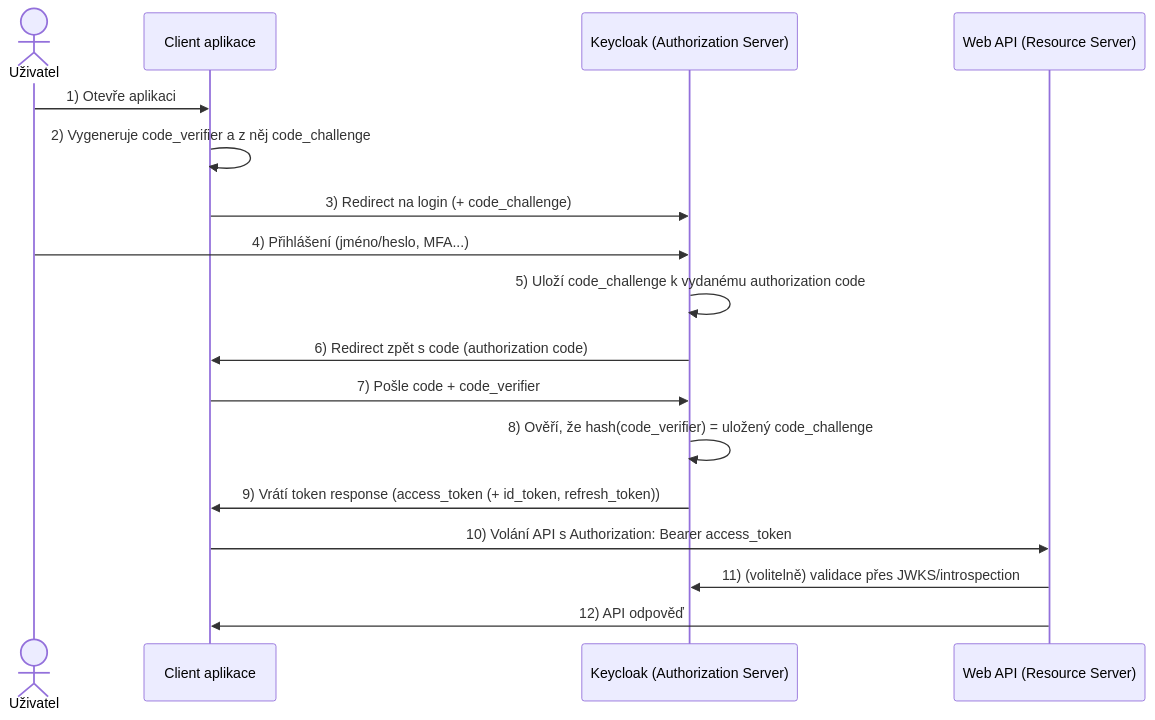
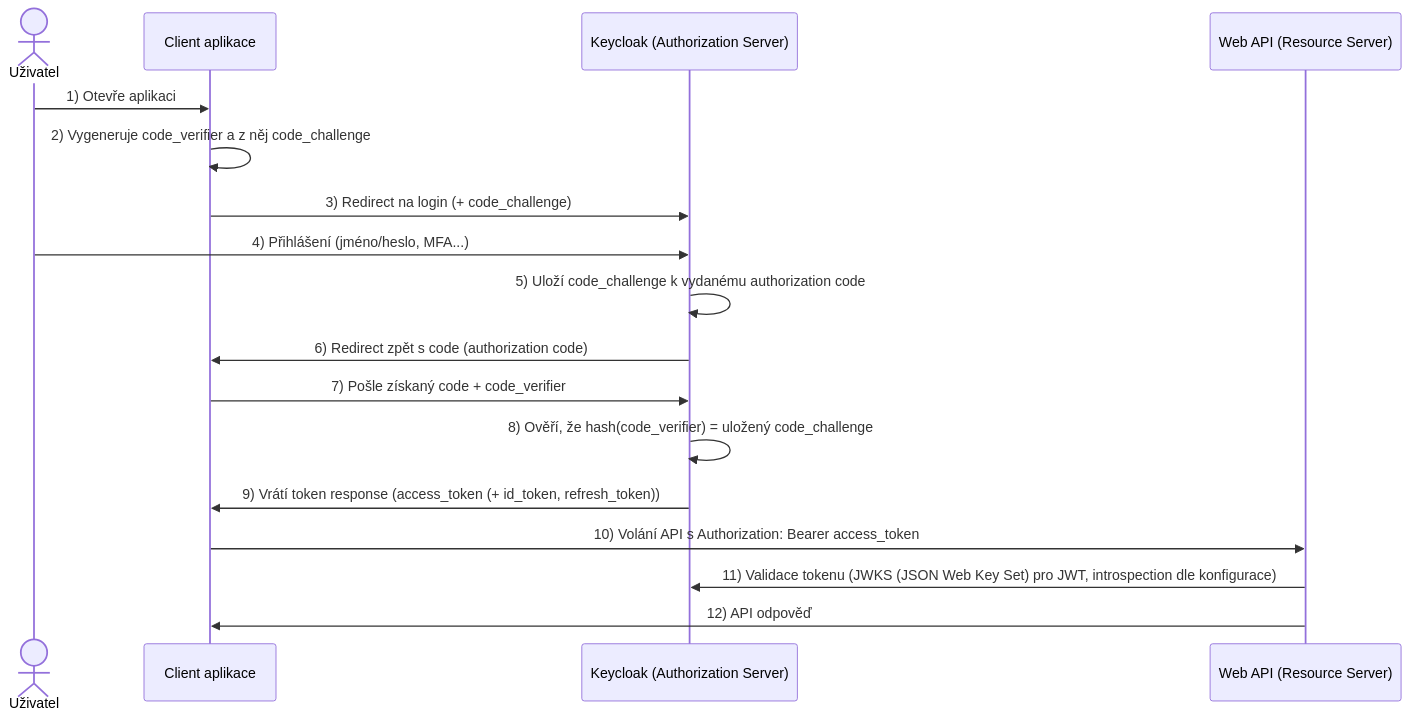
The diagram in AF/notebooks/08_authentication_authorization.md (ekral/FAI), drawn with Mermaid before and after one commit. The commit also changed other lines of this file, not shown here.

Commit message:
add JWKS

````diff
--- a/AF/notebooks/08_authentication_authorization.md
+++ b/AF/notebooks/08_authentication_authorization.md
@@ -49,20 +49,20 @@
 ```mermaid
 sequenceDiagram
 		actor U as Uživatel
 		participant C as Client aplikace
 		participant K as Keycloak (Authorization Server)
 		participant A as Web API (Resource Server)
 
 		U->>C: 1) Otevře aplikaci
 		C->>C: 2) Vygeneruje code_verifier a z něj code_challenge
 		C->>K: 3) Redirect na login (+ code_challenge)
 		U->>K: 4) Přihlášení (jméno/heslo, MFA...)
 		K->>K: 5) Uloží code_challenge k vydanému authorization code
 		K->>C: 6) Redirect zpět s code (authorization code)
-		C->>K: 7) Pošle code + code_verifier
+		C->>K: 7) Pošle získaný code + code_verifier
 		K->>K: 8) Ověří, že hash(code_verifier) = uložený code_challenge
 		K->>C: 9) Vrátí token response (access_token (+ id_token, refresh_token))
 		C->>A: 10) Volání API s Authorization: Bearer access_token
-		A->>K: 11) (volitelně) validace přes JWKS/introspection
+		A->>K: 11) Validace tokenu (JWKS (JSON Web Key Set) pro JWT, introspection dle konfigurace)
 		A->>C: 12) API odpověď
 ```
````
